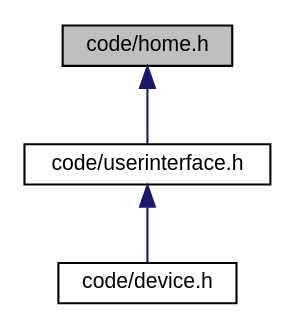
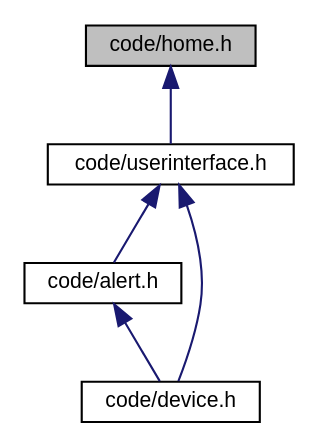
Before and after one commit to xHWAHx/InsulinPumpSimulator-Group35: the diagram in docs/home_8h__dep__incl.dot, drawn with Graphviz. The commit also changed 251 other files, not shown here.

```diff
--- a/docs/home_8h__dep__incl.dot
+++ b/docs/home_8h__dep__incl.dot
@@ -1,11 +1,14 @@
 digraph "code/home.h"
 {
  // LATEX_PDF_SIZE
   edge [fontname="Helvetica",fontsize="10",labelfontname="Helvetica",labelfontsize="10"];
   node [fontname="Helvetica",fontsize="10",shape=record];
   Node1 [label="code/home.h",height=0.2,width=0.4,color="black", fillcolor="grey75", style="filled", fontcolor="black",tooltip=" "];
   Node1 -> Node2 [dir="back",color="midnightblue",fontsize="10",style="solid",fontname="Helvetica"];
   Node2 [label="code/userinterface.h",height=0.2,width=0.4,color="black", fillcolor="white", style="filled",URL="$userinterface_8h.html",tooltip=" "];
   Node2 -> Node3 [dir="back",color="midnightblue",fontsize="10",style="solid",fontname="Helvetica"];
-  Node3 [label="code/device.h",height=0.2,width=0.4,color="black", fillcolor="white", style="filled",URL="$device_8h.html",tooltip=" "];
+  Node3 [label="code/alert.h",height=0.2,width=0.4,color="black", fillcolor="white", style="filled",URL="$alert_8h.html",tooltip=" "];
+  Node3 -> Node4 [dir="back",color="midnightblue",fontsize="10",style="solid",fontname="Helvetica"];
+  Node4 [label="code/device.h",height=0.2,width=0.4,color="black", fillcolor="white", style="filled",URL="$device_8h.html",tooltip=" "];
+  Node2 -> Node4 [dir="back",color="midnightblue",fontsize="10",style="solid",fontname="Helvetica"];
 }
```
